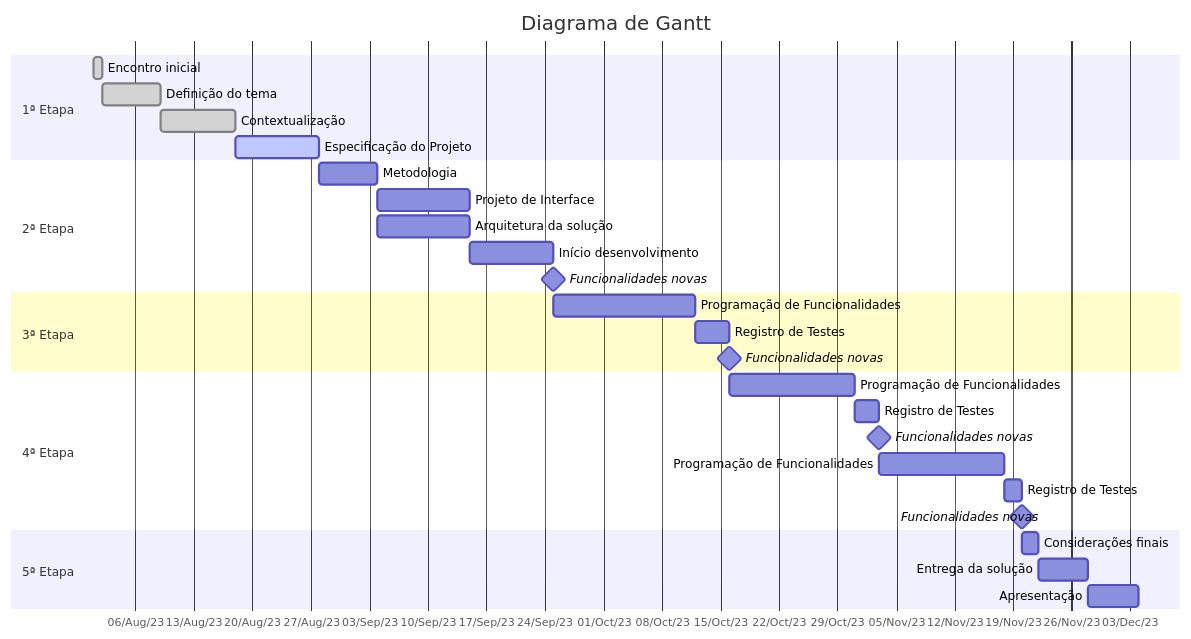
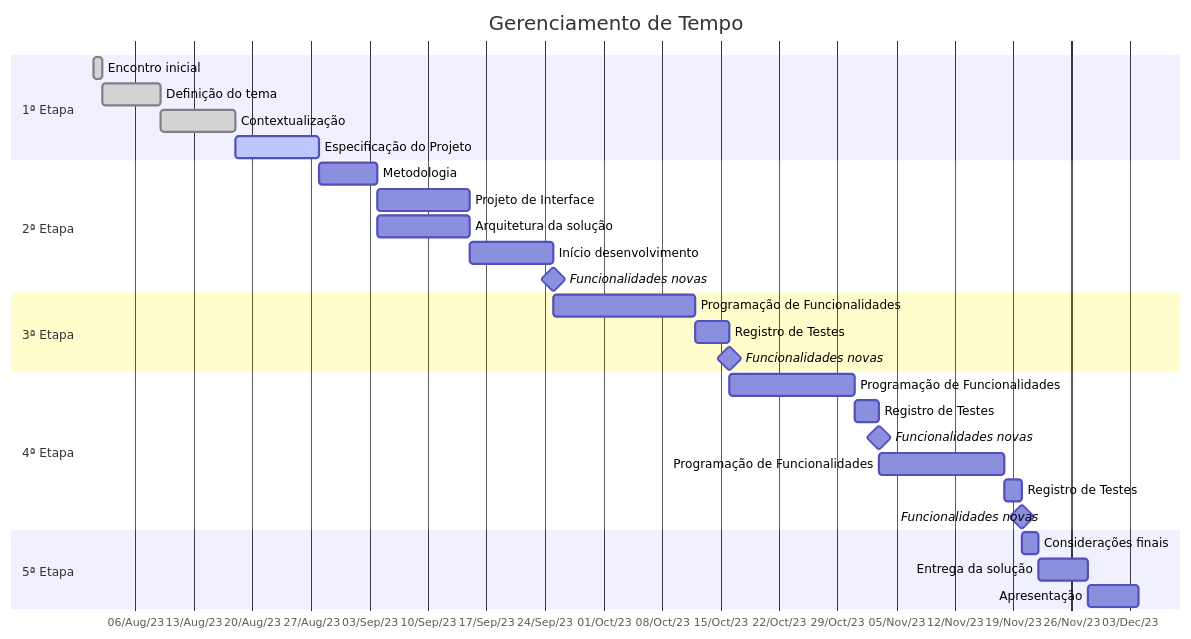
The second of 3 diagrams in docs/02-Especificação do Projeto.md (ICEI-PUC-Minas-PMV-ADS/pmv-ads-2023-2-e3-proj-mov-t3-time4-fit), drawn with Mermaid before and after one commit. The commit also changed other lines of this file, not shown here.

````diff
--- a/docs/02-Especificação do Projeto.md
+++ b/docs/02-Especificação do Projeto.md
@@ -164,38 +164,38 @@
 ```mermaid
 gantt
-    title Diagrama de Gantt
+    title Gerenciamento de Tempo
     todayMarker off
     dateFormat  YYYY-MMM-DD
     axisFormat %d/%b/%y
 
     section 1ª Etapa
     Encontro inicial :done, 2023-08-01, 1d
     Definição do tema     :done, 7d
     Contextualização    :done, 9d
     Especificação do Projeto   :active, 10d
 
     section 2ª Etapa
     Metodologia      :a1, 2023-08-28  , 7d
     Projeto de Interface    :after a1, 11d
     Arquitetura da solução :after a1, 11d 
     Início desenvolvimento : 10d
     Funcionalidades novas  :milestone, 2023-09-25, 0d 
 
     section 3ª Etapa
     Programação de Funcionalidades : 2023-09-25  , 17d
     Registro de Testes      :4d
     Funcionalidades novas  :milestone, 2023-10-16, 0d 
 
     section 4ª Etapa
     Programação de Funcionalidades :2023-10-16  , 15d
     Registro de Testes      :3d
     Funcionalidades novas  :milestone, 0d 
     Programação de Funcionalidades :15d
     Registro de Testes      :2d
     Funcionalidades novas  :milestone, 0d
 
     section 5ª Etapa
     Considerações finais  :2023-11-20  , 2d
     Entrega da solução :6d
     Apresentação :6d
 ```
````
